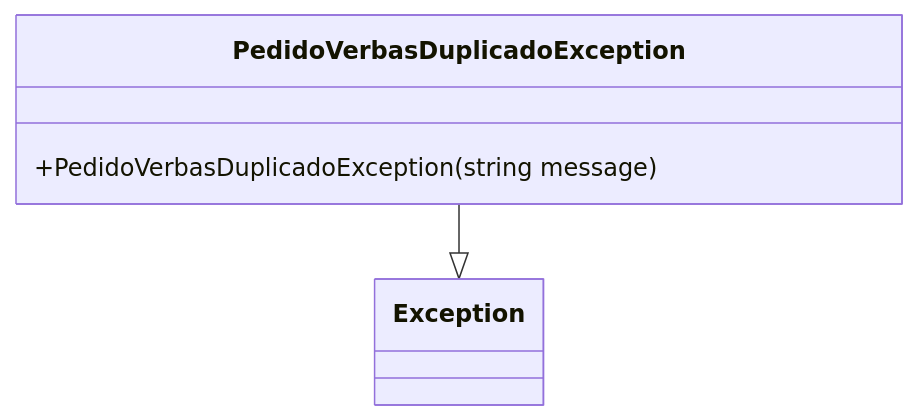
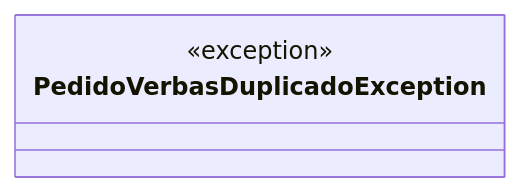
One commit to IsthmusSistemas/documentacao-tecnica changed the diagram in docs/b2b-dominio/IsthmusWinthor.Nucleo/IsthmusWinthor.Dominio/Exceptions/PedidoVerbasDuplicadoException.md. Above: the diagram before and after it, drawn with Mermaid. The commit also changed other lines of this file and 882 other files, not shown here.

````diff
--- a/docs/b2b-dominio/IsthmusWinthor.Nucleo/IsthmusWinthor.Dominio/Exceptions/PedidoVerbasDuplicadoException.md
+++ b/docs/b2b-dominio/IsthmusWinthor.Nucleo/IsthmusWinthor.Dominio/Exceptions/PedidoVerbasDuplicadoException.md
@@ -26,7 +25,6 @@
 ```mermaid
 classDiagram
     class PedidoVerbasDuplicadoException {
-        +PedidoVerbasDuplicadoException(string message)
+        <<exception>>
     }
-    PedidoVerbasDuplicadoException --|> Exception
-```
+``` 
````
